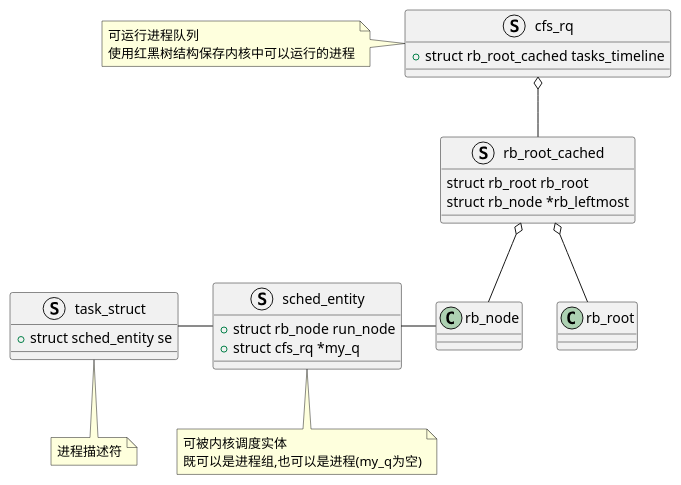
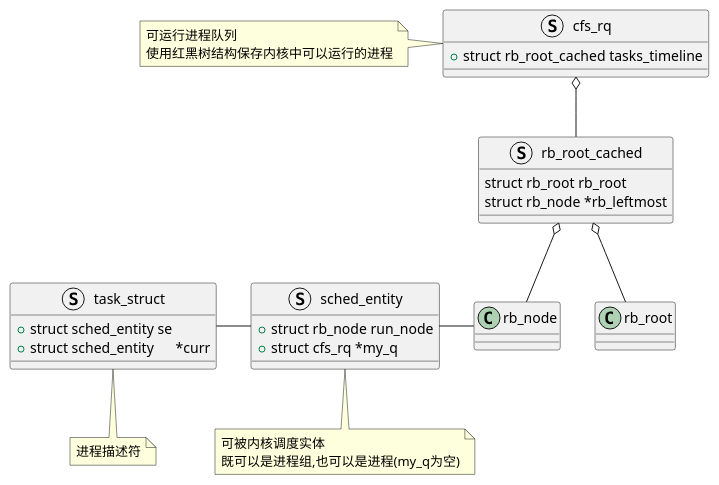
The diagram in doc/Unix/SourceRead/00_01_CPUSched_CFS.md (DepInjoy/geektime), drawn with PlantUML before and after one commit. The commit also changed other lines of this file and 2 other files, not shown here.

````diff
--- a/doc/Unix/SourceRead/00_01_CPUSched_CFS.md
+++ b/doc/Unix/SourceRead/00_01_CPUSched_CFS.md
@@ -2,32 +2,33 @@
 ```plantuml
 @startuml
 struct cfs_rq {
     + struct rb_root_cached tasks_timeline
 }
 note left : 可运行进程队列\n使用红黑树结构保存内核中可以运行的进程
 
 
 struct rb_root_cached {
     struct rb_root rb_root
     struct rb_node *rb_leftmost
 }
 
 struct sched_entity {
     + struct rb_node run_node
     + struct cfs_rq *my_q
 }
 note bottom:可被内核调度实体\n既可以是进程组,也可以是进程(my_q为空)
 
 struct task_struct {
     + struct sched_entity se
+	+ struct sched_entity	*curr
 }
 note bottom : 进程描述符
 
 rb_root_cached -up-o cfs_rq
 rb_root -up-o rb_root_cached
 rb_node -up-o rb_root_cached
 
 sched_entity -right-- rb_node
 task_struct -right-- sched_entity
 @enduml
 ```
````
